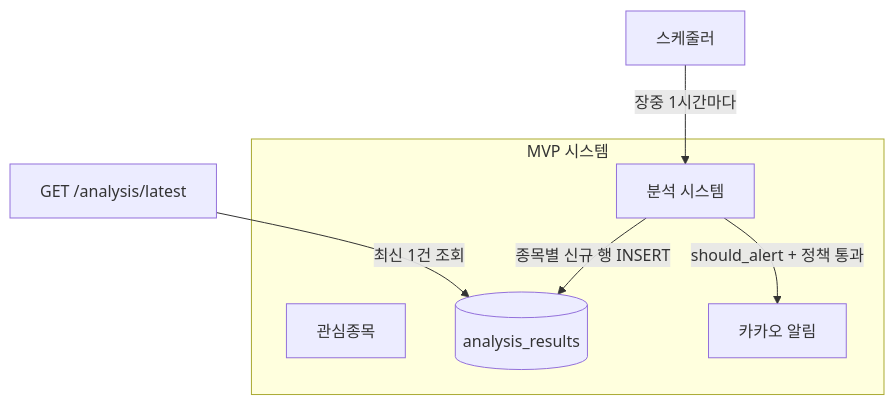
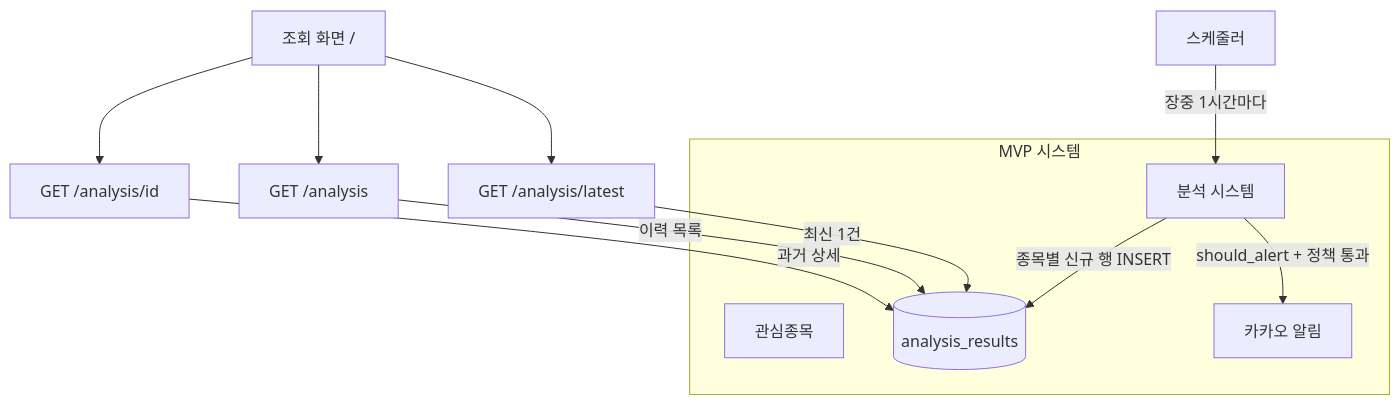
Before and after one commit to kysuk05/stock-agent: the first of 6 diagrams in design/scheduler_design.md, drawn with Mermaid. The commit also changed other lines of this file and 12 other files, not shown here.

Commit message:
Add analysis history API and dashboard

````diff
--- a/design/scheduler_design.md
+++ b/design/scheduler_design.md
@@ -16,14 +16,19 @@
 ```mermaid
 flowchart TB
     subgraph MVP["MVP 시스템"]
         WS[관심종목]
         AS[분석 시스템]
         DB[(analysis_results)]
         AL[카카오 알림]
     end
 
     SCH[스케줄러] -->|장중 1시간마다| AS
     AS -->|종목별 신규 행 INSERT| DB
     AS -->|should_alert + 정책 통과| AL
-    API[GET /analysis/latest] -->|최신 1건 조회| DB
+    API_LATEST[GET /analysis/latest] -->|최신 1건| DB
+    API_HIST[GET /analysis] -->|이력 목록| DB
+    API_DETAIL[GET /analysis/id] -->|과거 상세| DB
+    UI[조회 화면 /] --> API_LATEST
+    UI --> API_HIST
+    UI --> API_DETAIL
 ```
````
